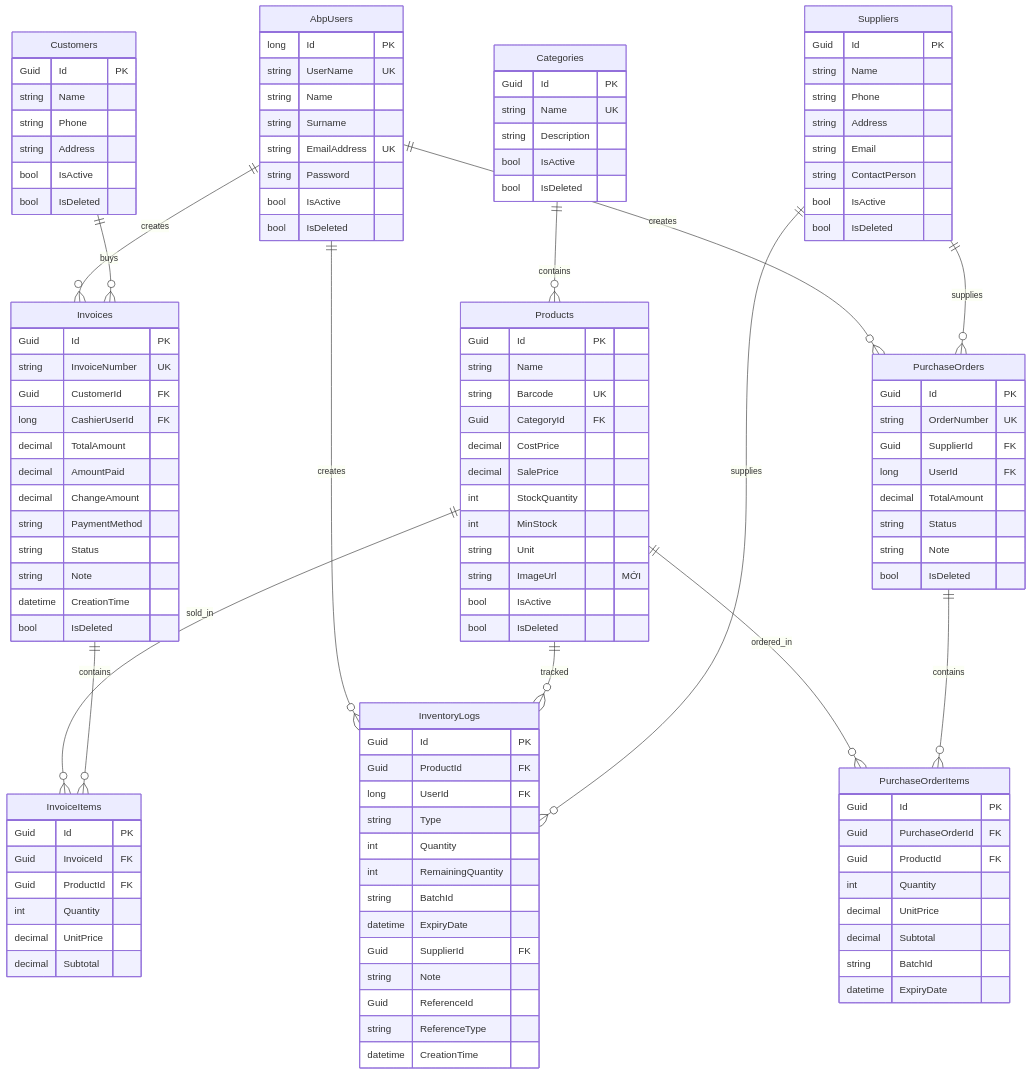
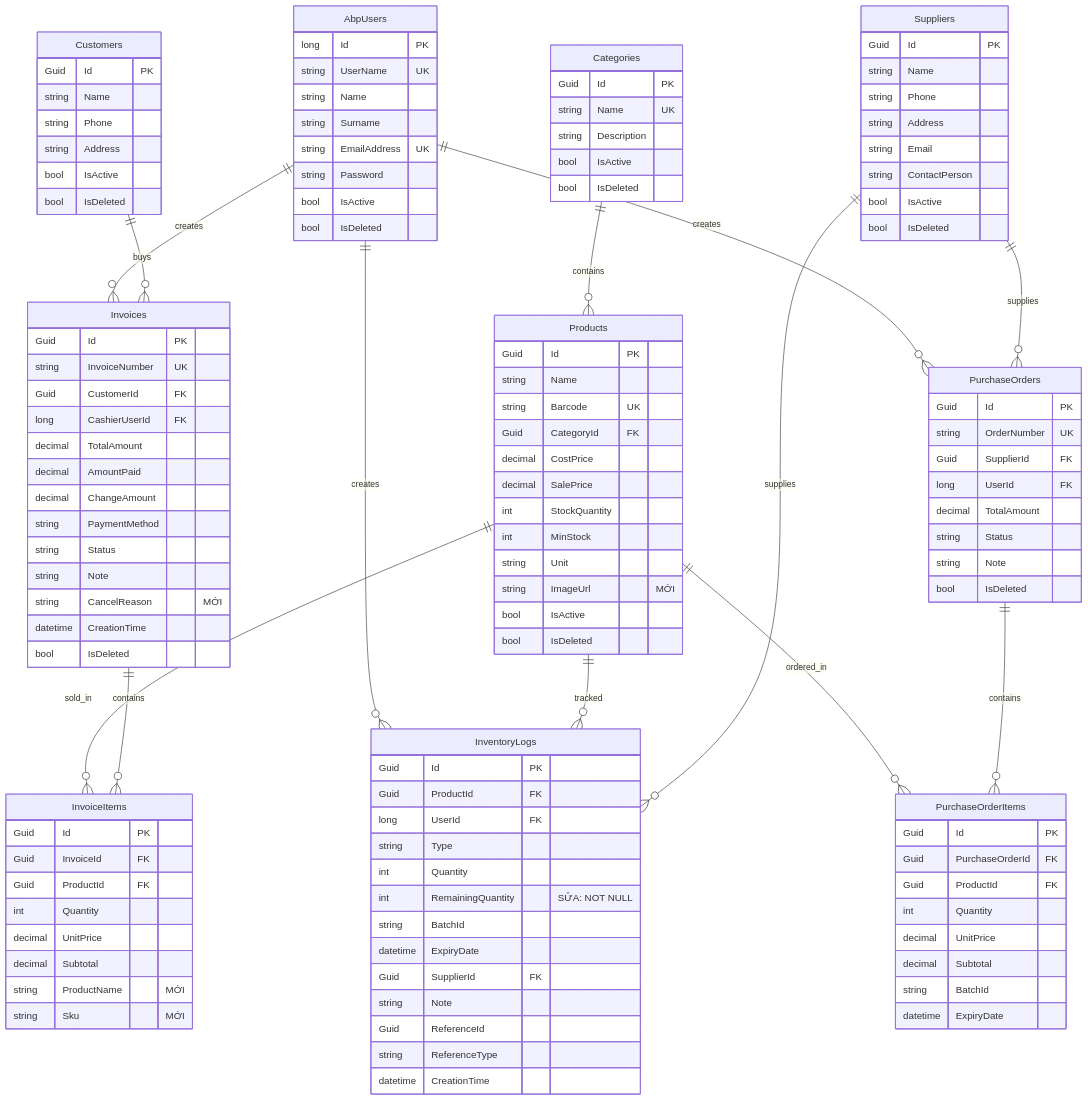
The second of 8 diagrams in pttk.md (Vinhbui2123/QuanLyTapHoa_ABP), drawn with Mermaid before and after one commit. The commit also changed other lines of this file and 28 other files, not shown here.

```diff
--- a/pttk.md
+++ b/pttk.md
@@ -171,6 +171,7 @@
 		string PaymentMethod
 		string Status
 		string Note
+		string CancelReason "MỚI"
 		datetime CreationTime
 		bool IsDeleted
 	}
@@ -182,6 +183,8 @@
 		int Quantity
 		decimal UnitPrice
 		decimal Subtotal
+		string ProductName "MỚI"
+		string Sku "MỚI"
 	}
 
 	InventoryLogs {
@@ -190,7 +193,7 @@
 		long UserId FK
 		string Type
 		int Quantity
-		int RemainingQuantity
+		int RemainingQuantity "SỬA: NOT NULL"
 		string BatchId
 		datetime ExpiryDate
 		Guid SupplierId FK
```
